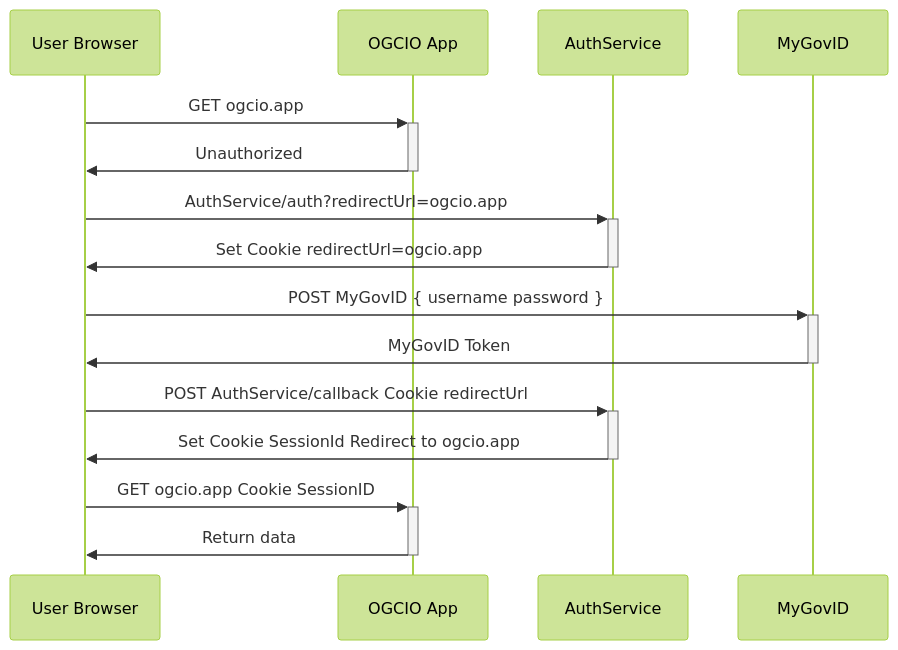
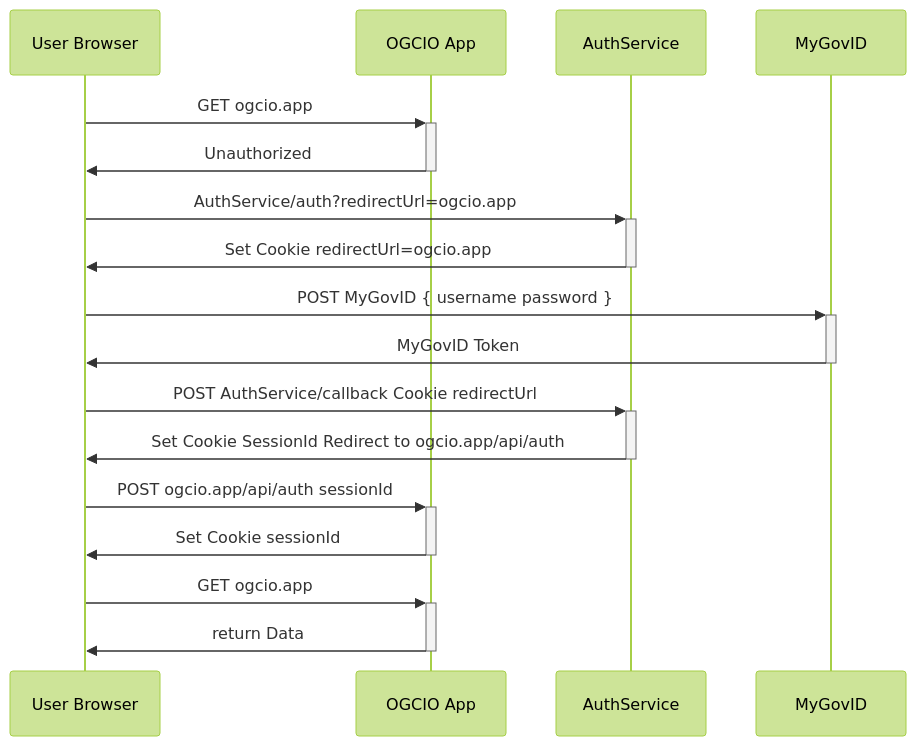
Before and after one commit to ogcio/life-events: the first of 2 diagrams in documentation/docs/authentication.md, drawn with Mermaid (forest theme).

````diff
--- a/documentation/docs/authentication.md
+++ b/documentation/docs/authentication.md
@@ -16,13 +16,15 @@
 ```mermaid
 sequenceDiagram
     User Browser->>+OGCIO App: GET ogcio.app
     OGCIO App->>-User Browser: Unauthorized
     User Browser->>+AuthService: AuthService/auth?redirectUrl=ogcio.app
     AuthService->>-User Browser: Set Cookie redirectUrl=ogcio.app
     User Browser->>+MyGovID: POST MyGovID { username password }
     MyGovID->>-User Browser: MyGovID Token
     User Browser->>+AuthService: POST AuthService/callback Cookie redirectUrl
-    AuthService->>-User Browser: Set Cookie SessionId Redirect to ogcio.app
-    User Browser->>+OGCIO App: GET ogcio.app Cookie SessionID
-    OGCIO App->>-User Browser: Return data
+    AuthService->>-User Browser: Set Cookie SessionId Redirect to ogcio.app/api/auth
+    User Browser->>+OGCIO App: POST ogcio.app/api/auth sessionId
+    OGCIO App->>-User Browser: Set Cookie sessionId
+    User Browser->>+OGCIO App: GET ogcio.app
+    OGCIO App->>-User Browser: return Data
 ```
````
